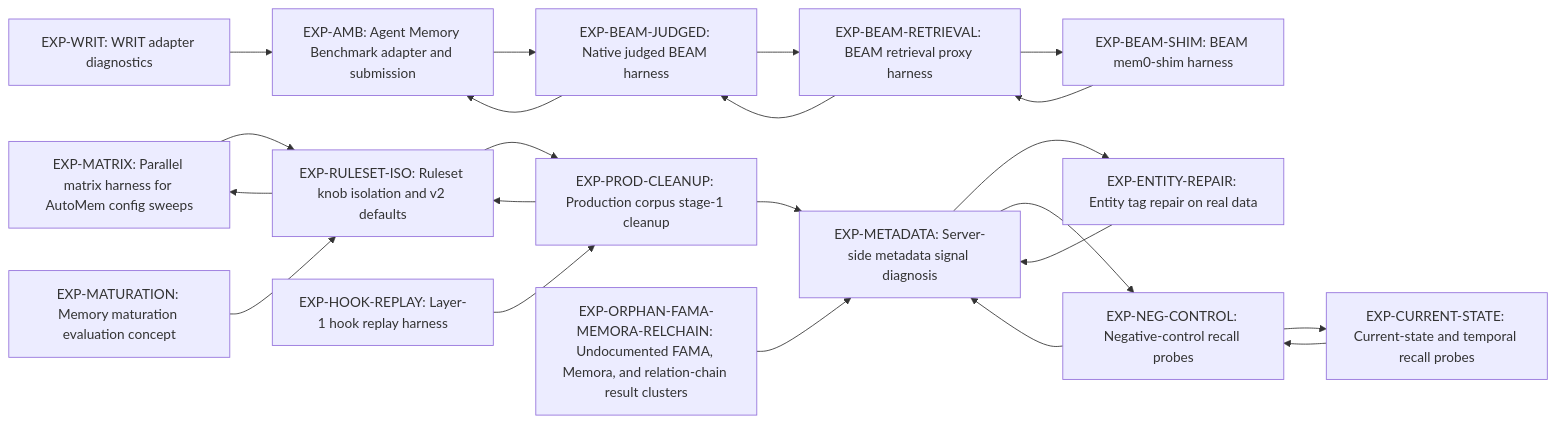
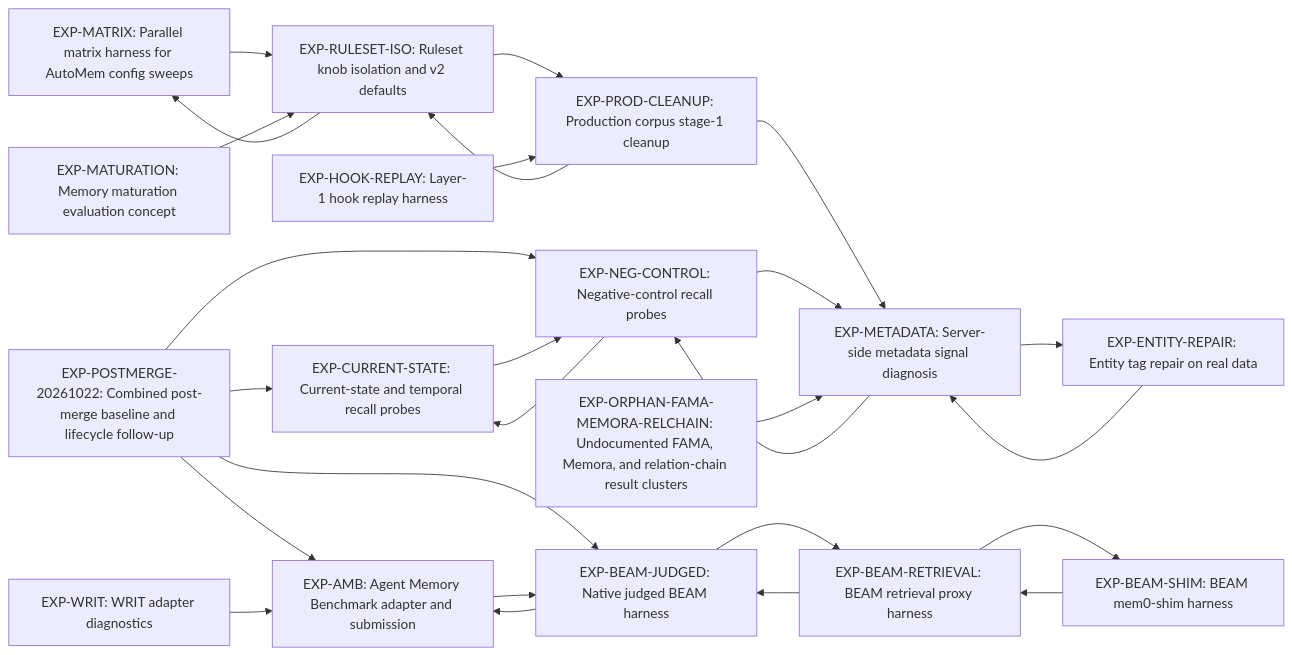
Before and after one commit to verygoodplugins/automem-evals: the diagram in docs/experiments/STATUS.md, drawn with Mermaid. The commit also changed other lines of this file and 10 other files, not shown here.

First line of the commit message:
docs(eval): publish post-merge baseline and next product fix (#72)

````diff
--- a/docs/experiments/STATUS.md
+++ b/docs/experiments/STATUS.md
@@ -28,39 +31,44 @@
 ```mermaid
 flowchart LR
+  EXP_POSTMERGE_20261022["EXP-POSTMERGE-20261022: Combined post-merge baseline and lifecycle follow-up"]
   EXP_AMB["EXP-AMB: Agent Memory Benchmark adapter and submission"]
   EXP_MATRIX["EXP-MATRIX: Parallel matrix harness for AutoMem config sweeps"]
   EXP_BEAM_JUDGED["EXP-BEAM-JUDGED: Native judged BEAM harness"]
   EXP_BEAM_RETRIEVAL["EXP-BEAM-RETRIEVAL: BEAM retrieval proxy harness"]
   EXP_BEAM_SHIM["EXP-BEAM-SHIM: BEAM mem0-shim harness"]
   EXP_RULESET_ISO["EXP-RULESET-ISO: Ruleset knob isolation and v2 defaults"]
   EXP_PROD_CLEANUP["EXP-PROD-CLEANUP: Production corpus stage-1 cleanup"]
   EXP_HOOK_REPLAY["EXP-HOOK-REPLAY: Layer-1 hook replay harness"]
   EXP_CURRENT_STATE["EXP-CURRENT-STATE: Current-state and temporal recall probes"]
   EXP_ENTITY_REPAIR["EXP-ENTITY-REPAIR: Entity tag repair on real data"]
   EXP_METADATA["EXP-METADATA: Server-side metadata signal diagnosis"]
   EXP_NEG_CONTROL["EXP-NEG-CONTROL: Negative-control recall probes"]
   EXP_WRIT["EXP-WRIT: WRIT adapter diagnostics"]
   EXP_MATURATION["EXP-MATURATION: Memory maturation evaluation concept"]
   EXP_ORPHAN_FAMA_MEMORA_RELCHAIN["EXP-ORPHAN-FAMA-MEMORA-RELCHAIN: Undocumented FAMA, Memora, and relation-chain result clusters"]
+  EXP_POSTMERGE_20261022 --> EXP_CURRENT_STATE
+  EXP_POSTMERGE_20261022 --> EXP_NEG_CONTROL
+  EXP_POSTMERGE_20261022 --> EXP_AMB
+  EXP_POSTMERGE_20261022 --> EXP_BEAM_JUDGED
   EXP_AMB --> EXP_BEAM_JUDGED
   EXP_MATRIX --> EXP_RULESET_ISO
   EXP_BEAM_JUDGED --> EXP_BEAM_RETRIEVAL
   EXP_BEAM_JUDGED --> EXP_AMB
   EXP_BEAM_RETRIEVAL --> EXP_BEAM_SHIM
   EXP_BEAM_RETRIEVAL --> EXP_BEAM_JUDGED
   EXP_BEAM_SHIM --> EXP_BEAM_RETRIEVAL
   EXP_RULESET_ISO --> EXP_PROD_CLEANUP
   EXP_RULESET_ISO --> EXP_MATRIX
   EXP_PROD_CLEANUP --> EXP_RULESET_ISO
   EXP_PROD_CLEANUP --> EXP_METADATA
   EXP_HOOK_REPLAY --> EXP_PROD_CLEANUP
   EXP_CURRENT_STATE --> EXP_NEG_CONTROL
   EXP_ENTITY_REPAIR --> EXP_METADATA
   EXP_METADATA --> EXP_ENTITY_REPAIR
   EXP_METADATA --> EXP_NEG_CONTROL
   EXP_NEG_CONTROL --> EXP_METADATA
   EXP_NEG_CONTROL --> EXP_CURRENT_STATE
   EXP_WRIT --> EXP_AMB
   EXP_MATURATION --> EXP_RULESET_ISO
   EXP_ORPHAN_FAMA_MEMORA_RELCHAIN --> EXP_METADATA
 ```
````
